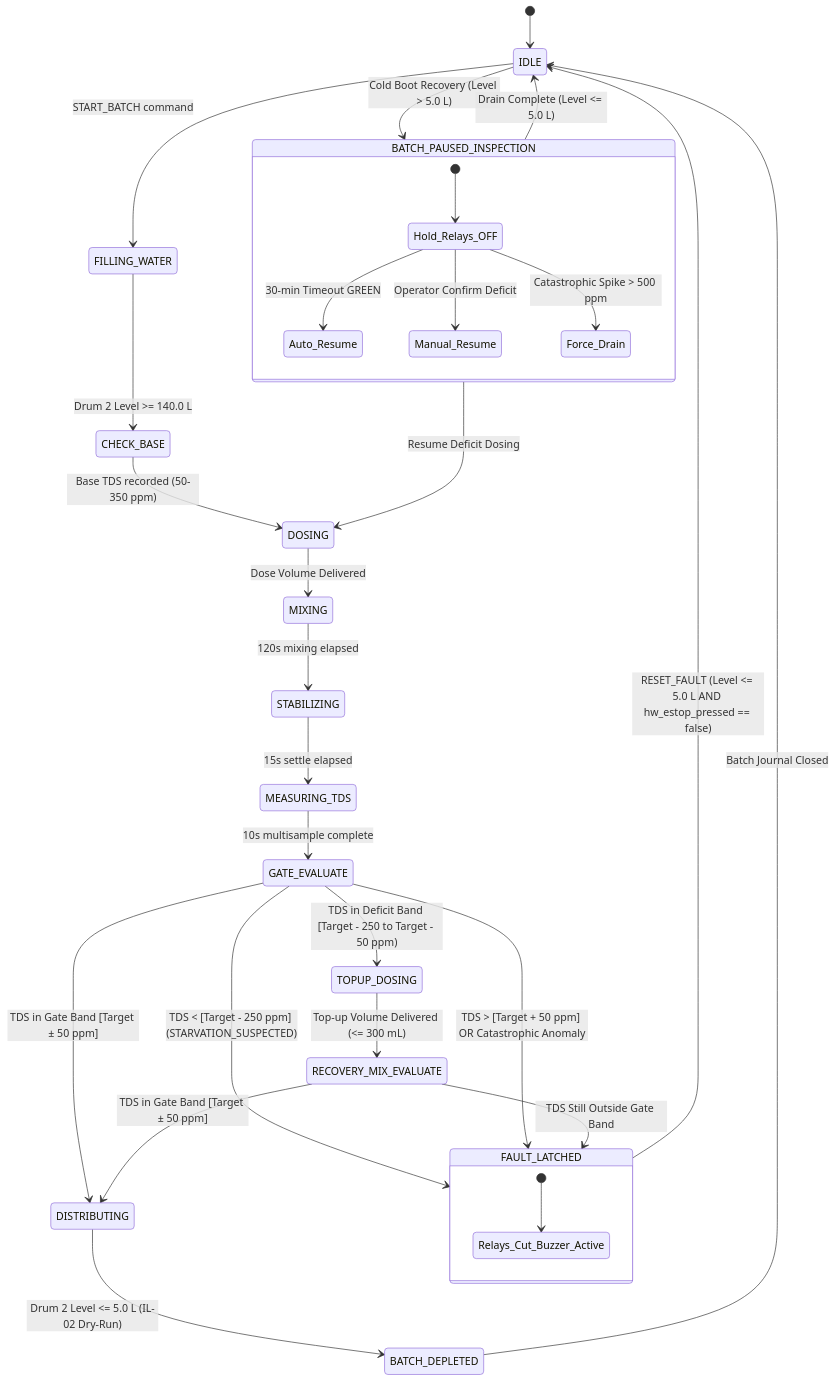
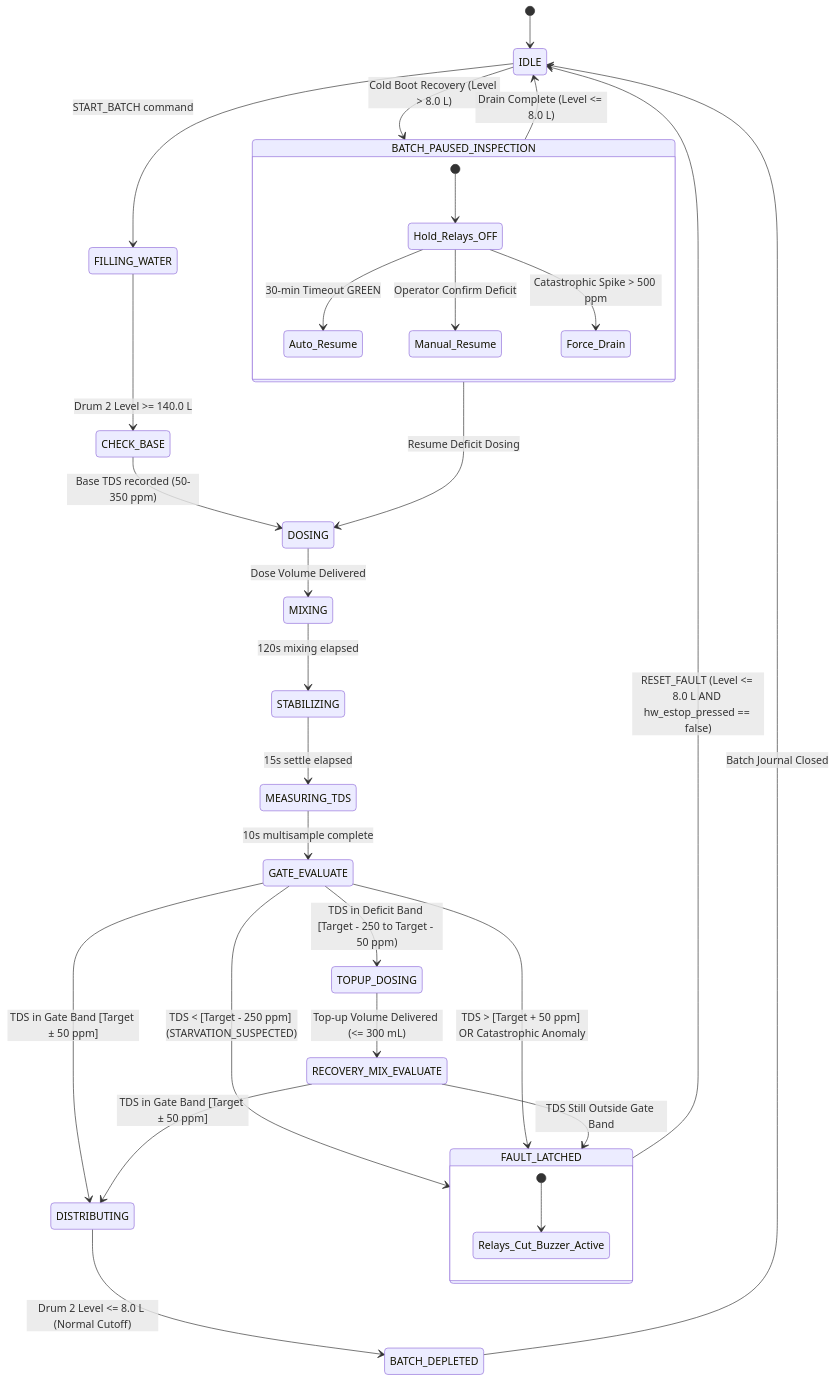
The second of 3 diagrams in brain/05_ARCHITECTURE.md (imFreed0m/desanomia), drawn with Mermaid before and after one commit. The commit also changed other lines of this file and 14 other files, not shown here.

````diff
--- a/brain/05_ARCHITECTURE.md
+++ b/brain/05_ARCHITECTURE.md
@@ -182,39 +182,39 @@
 ```mermaid
 stateDiagram-v2
   [*] --> IDLE
   IDLE --> FILLING_WATER: START_BATCH command
   FILLING_WATER --> CHECK_BASE: Drum 2 Level >= 140.0 L
   CHECK_BASE --> DOSING: Base TDS recorded (50-350 ppm)
   DOSING --> MIXING: Dose Volume Delivered
   MIXING --> STABILIZING: 120s mixing elapsed
   STABILIZING --> MEASURING_TDS: 15s settle elapsed
   MEASURING_TDS --> GATE_EVALUATE: 10s multisample complete
 
   GATE_EVALUATE --> DISTRIBUTING: TDS in Gate Band [Target ± 50 ppm]
   GATE_EVALUATE --> TOPUP_DOSING: TDS in Deficit Band [Target - 250 to Target - 50 ppm)
   GATE_EVALUATE --> FAULT_LATCHED: TDS < [Target - 250 ppm] (STARVATION_SUSPECTED)
   GATE_EVALUATE --> FAULT_LATCHED: TDS > [Target + 50 ppm] OR Catastrophic Anomaly
 
   TOPUP_DOSING --> RECOVERY_MIX_EVALUATE: Top-up Volume Delivered (<= 300 mL)
   RECOVERY_MIX_EVALUATE --> DISTRIBUTING: TDS in Gate Band [Target ± 50 ppm]
   RECOVERY_MIX_EVALUATE --> FAULT_LATCHED: TDS Still Outside Gate Band
 
-  DISTRIBUTING --> BATCH_DEPLETED: Drum 2 Level <= 5.0 L (IL-02 Dry-Run)
+  DISTRIBUTING --> BATCH_DEPLETED: Drum 2 Level <= 8.0 L (Normal Cutoff)
   BATCH_DEPLETED --> IDLE: Batch Journal Closed
 
   state BATCH_PAUSED_INSPECTION {
     [*] --> Hold_Relays_OFF
     Hold_Relays_OFF --> Auto_Resume: 30-min Timeout GREEN
     Hold_Relays_OFF --> Manual_Resume: Operator Confirm Deficit
     Hold_Relays_OFF --> Force_Drain: Catastrophic Spike > 500 ppm
   }
 
-  IDLE --> BATCH_PAUSED_INSPECTION: Cold Boot Recovery (Level > 5.0 L)
+  IDLE --> BATCH_PAUSED_INSPECTION: Cold Boot Recovery (Level > 8.0 L)
   BATCH_PAUSED_INSPECTION --> DOSING: Resume Deficit Dosing
-  BATCH_PAUSED_INSPECTION --> IDLE: Drain Complete (Level <= 5.0 L)
+  BATCH_PAUSED_INSPECTION --> IDLE: Drain Complete (Level <= 8.0 L)
 
   state FAULT_LATCHED {
     [*] --> Relays_Cut_Buzzer_Active
   }
-  FAULT_LATCHED --> IDLE: RESET_FAULT (Level <= 5.0 L AND hw_estop_pressed == false)
+  FAULT_LATCHED --> IDLE: RESET_FAULT (Level <= 8.0 L AND hw_estop_pressed == false)
 ```
````
